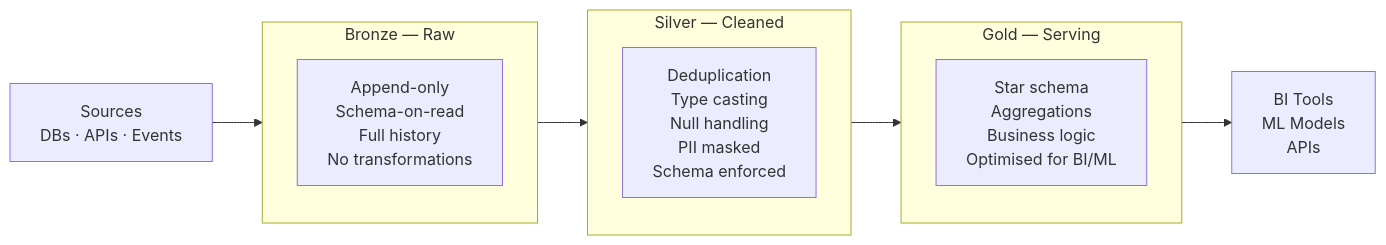
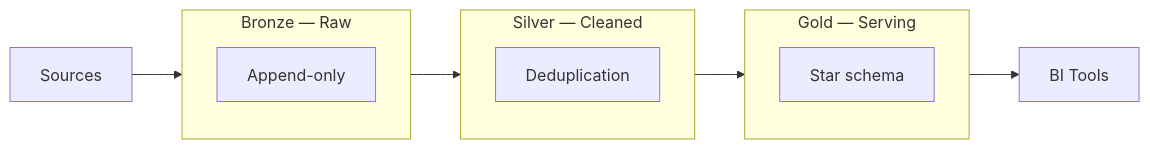
Before and after one commit to gcmishra7/data-engineering-helper: the diagram in 01-data-modeling/05-medallion-architecture.md, drawn with Mermaid. The commit also changed other lines of this file and 57 other files, not shown here.

First line of the commit message:
Shorten mermaid node labels to fix text truncation on GitHub

````diff
--- a/01-data-modeling/05-medallion-architecture.md
+++ b/01-data-modeling/05-medallion-architecture.md
@@ -8,22 +8,22 @@
 ```mermaid
 graph LR
-    SRC[Sources<br/>DBs · APIs · Events] --> B
+    SRC[Sources] --> B
 
     subgraph B[Bronze — Raw]
-        B1[Append-only<br/>Schema-on-read<br/>Full history<br/>No transformations]
+        B1[Append-only]
     end
 
     B --> S
 
     subgraph S[Silver — Cleaned]
-        S1[Deduplication<br/>Type casting<br/>Null handling<br/>PII masked<br/>Schema enforced]
+        S1[Deduplication]
     end
 
     S --> G
 
     subgraph G[Gold — Serving]
-        G1[Star schema<br/>Aggregations<br/>Business logic<br/>Optimised for BI/ML]
+        G1[Star schema]
     end
 
-    G --> BI[BI Tools<br/>ML Models<br/>APIs]
+    G --> BI[BI Tools]
 ```
````
